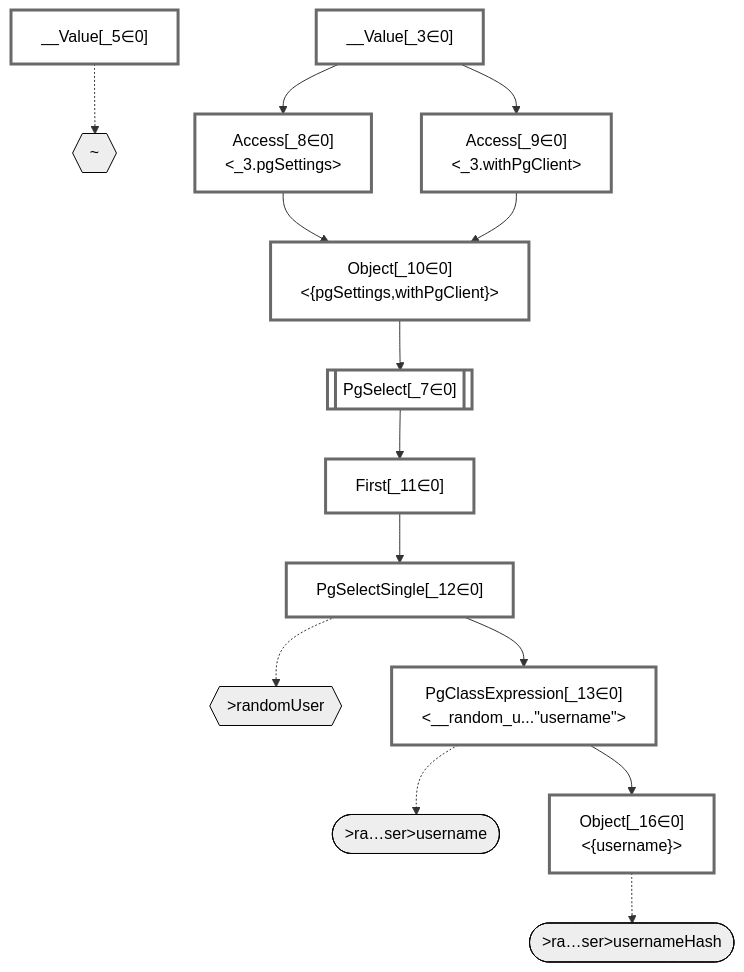
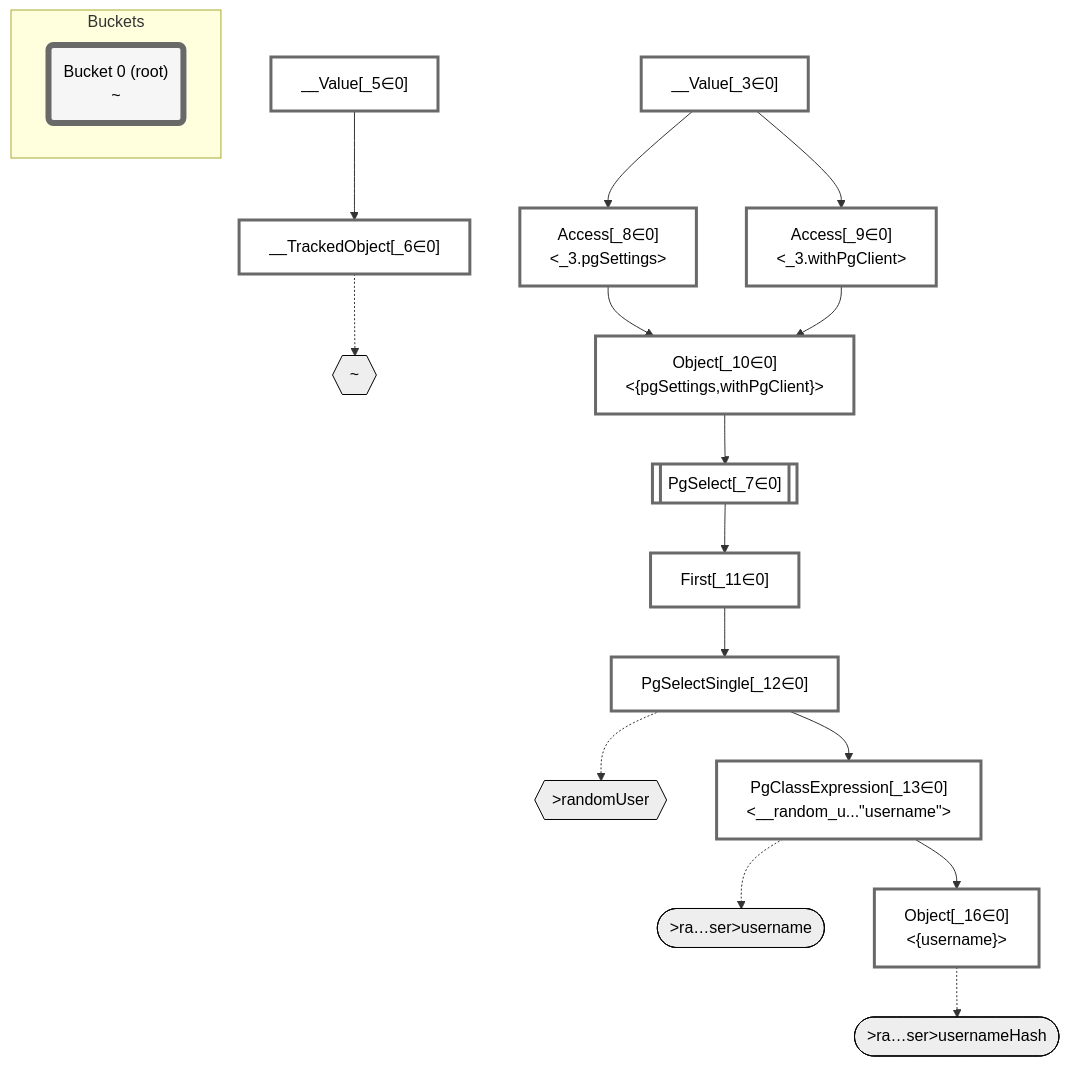
One commit to graphile/crystal changed the diagram in packages/dataplan-pg/__tests__/queries/resolvers/basics.deopt.mermaid.md. Above: the diagram before and after it, drawn with Mermaid. The commit also changed 195 other files, not shown here.

````diff
--- a/packages/dataplan-pg/__tests__/queries/resolvers/basics.deopt.mermaid.md
+++ b/packages/dataplan-pg/__tests__/queries/resolvers/basics.deopt.mermaid.md
@@ -1,50 +1,58 @@
 ```mermaid
 graph TD
     classDef path fill:#eee,stroke:#000,color:#000
     classDef plan fill:#fff,stroke-width:3px,color:#000
     classDef itemplan fill:#fff,stroke-width:6px,color:#000
     classDef sideeffectplan fill:#f00,stroke-width:6px,color:#000
+    classDef bucket fill:#f6f6f6,color:#000,stroke-width:6px
 
     %% subgraph fields
     P1{{"~"}}:::path
     P2{{">randomUser"}}:::path
     P3([">ra…ser>username"]):::path
     %% P2 -.-> P3
     P4([">ra…ser>usernameHash"]):::path
     %% P2 -.-> P4
     %% P1 -.-> P2
     %% end
 
     %% define plans
     __Value_3["__Value[_3∈0]<br /><context>"]:::plan
     __Value_5["__Value[_5∈0]<br /><rootValue>"]:::plan
+    __TrackedObject_6["__TrackedObject[_6∈0]"]:::plan
     PgSelect_7[["PgSelect[_7∈0]<br /><random_user>"]]:::plan
     Access_8["Access[_8∈0]<br /><_3.pgSettings>"]:::plan
     Access_9["Access[_9∈0]<br /><_3.withPgClient>"]:::plan
     Object_10["Object[_10∈0]<br /><{pgSettings,withPgClient}>"]:::plan
     First_11["First[_11∈0]"]:::plan
     PgSelectSingle_12["PgSelectSingle[_12∈0]<br /><users>"]:::plan
     PgClassExpression_13["PgClassExpression[_13∈0]<br /><__random_u...#quot;username#quot;>"]:::plan
     Object_16["Object[_16∈0]<br /><{username}>"]:::plan
 
     %% plan dependencies
+    __Value_5 --> __TrackedObject_6
     Object_10 --> PgSelect_7
     __Value_3 --> Access_8
     __Value_3 --> Access_9
     Access_8 --> Object_10
     Access_9 --> Object_10
     PgSelect_7 --> First_11
     First_11 --> PgSelectSingle_12
     PgSelectSingle_12 --> PgClassExpression_13
     PgClassExpression_13 --> Object_16
 
     %% plan-to-path relationships
-    __Value_5 -.-> P1
+    __TrackedObject_6 -.-> P1
     PgSelectSingle_12 -.-> P2
     PgClassExpression_13 -.-> P3
     Object_16 -.-> P4
 
     %% allocate buckets
     classDef bucket0 stroke:#696969
-    class __Value_3,__Value_5,PgSelect_7,Access_8,Access_9,Object_10,First_11,PgSelectSingle_12,PgClassExpression_13,Object_16 bucket0
+    class __Value_3,__Value_5,__TrackedObject_6,PgSelect_7,Access_8,Access_9,Object_10,First_11,PgSelectSingle_12,PgClassExpression_13,Object_16 bucket0
+
+    subgraph Buckets
+    Bucket0("Bucket 0 (root)<br />~"):::bucket
+    style Bucket0 stroke:#696969
+    end
 ```
````
